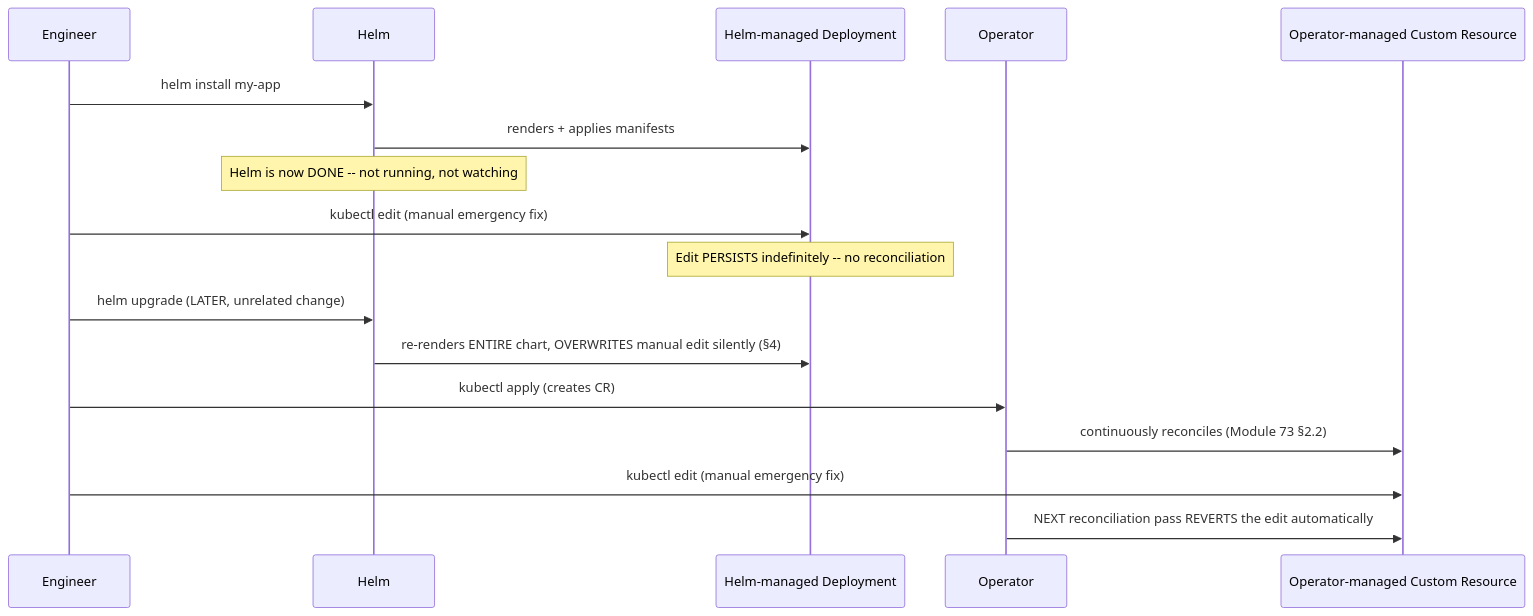
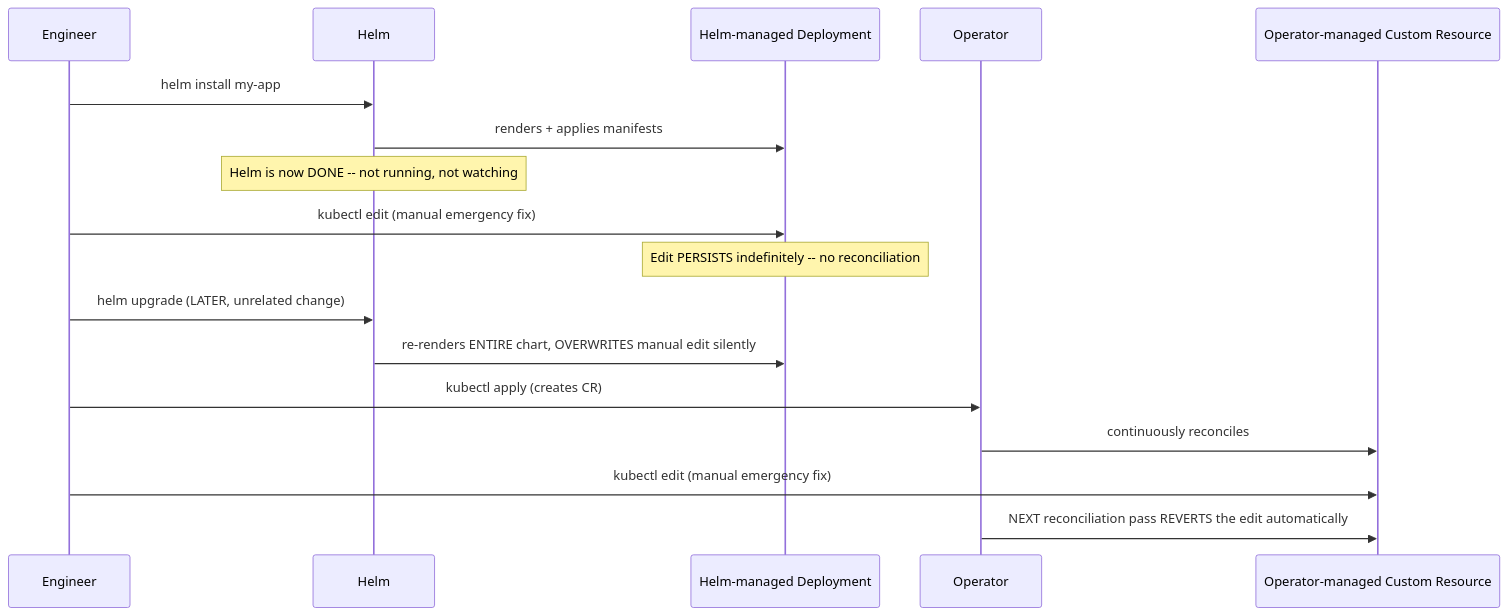
One commit to umashankarp/InterviewQuestions changed the first of 2 diagrams in 23-Kubernetes/06-Helm-Operators-CRDs.md. Above: the diagram before and after it, drawn with Mermaid. The commit also changed other lines of this file and 173 other files, not shown here.

````diff
--- a/23-Kubernetes/06-Helm-Operators-CRDs.md
+++ b/23-Kubernetes/06-Helm-Operators-CRDs.md
@@ -63,21 +63,21 @@
 ```mermaid
 sequenceDiagram
-    participant Eng as Engineer
-    participant Helm
-    participant Resource as Helm-managed Deployment
-    participant Operator
-    participant CR as Operator-managed Custom Resource
+ participant Eng as Engineer
+ participant Helm
+ participant Resource as Helm-managed Deployment
+ participant Operator
+ participant CR as Operator-managed Custom Resource
 
-    Eng->>Helm: helm install my-app
-    Helm->>Resource: renders + applies manifests
-    Note over Helm: Helm is now DONE -- not running, not watching
-    Eng->>Resource: kubectl edit (manual emergency fix)
-    Note over Resource: Edit PERSISTS indefinitely -- no reconciliation
-    Eng->>Helm: helm upgrade (LATER, unrelated change)
-    Helm->>Resource: re-renders ENTIRE chart, OVERWRITES manual edit silently (§4)
+ Eng->>Helm: helm install my-app
+ Helm->>Resource: renders + applies manifests
+ Note over Helm: Helm is now DONE -- not running, not watching
+ Eng->>Resource: kubectl edit (manual emergency fix)
+ Note over Resource: Edit PERSISTS indefinitely -- no reconciliation
+ Eng->>Helm: helm upgrade (LATER, unrelated change)
+ Helm->>Resource: re-renders ENTIRE chart, OVERWRITES manual edit silently
 
-    Eng->>Operator: kubectl apply (creates CR)
-    Operator->>CR: continuously reconciles (Module 73 §2.2)
-    Eng->>CR: kubectl edit (manual emergency fix)
-    Operator->>CR: NEXT reconciliation pass REVERTS the edit automatically
+ Eng->>Operator: kubectl apply (creates CR)
+ Operator->>CR: continuously reconciles
+ Eng->>CR: kubectl edit (manual emergency fix)
+ Operator->>CR: NEXT reconciliation pass REVERTS the edit automatically
 ```
````
